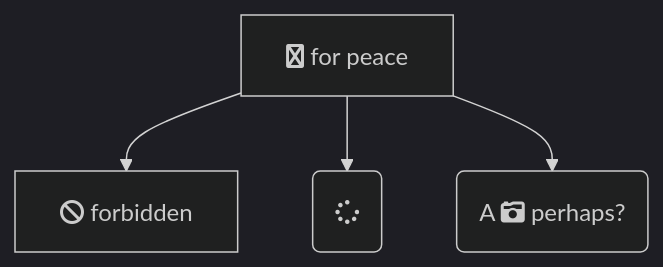
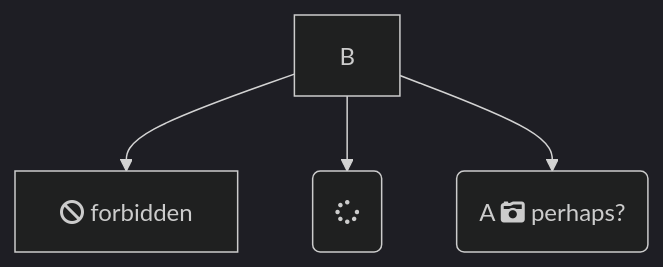
The first of 5 diagrams in README.md (ivester/human-kind-code), drawn with Mermaid (dark theme) before and after one commit. The commit also changed other lines of this file, not shown here.

````diff
--- a/README.md
+++ b/README.md
@@ -85,7 +87,6 @@
 ```mermaid
 flowchart TD
-    B["fa:fa-twitter for peace"]
     B-->C[fa:fa-ban forbidden]
     B-->D(fa:fa-spinner)
     B-->E(A fa:fa-camera-retro perhaps?)
 ```
````
